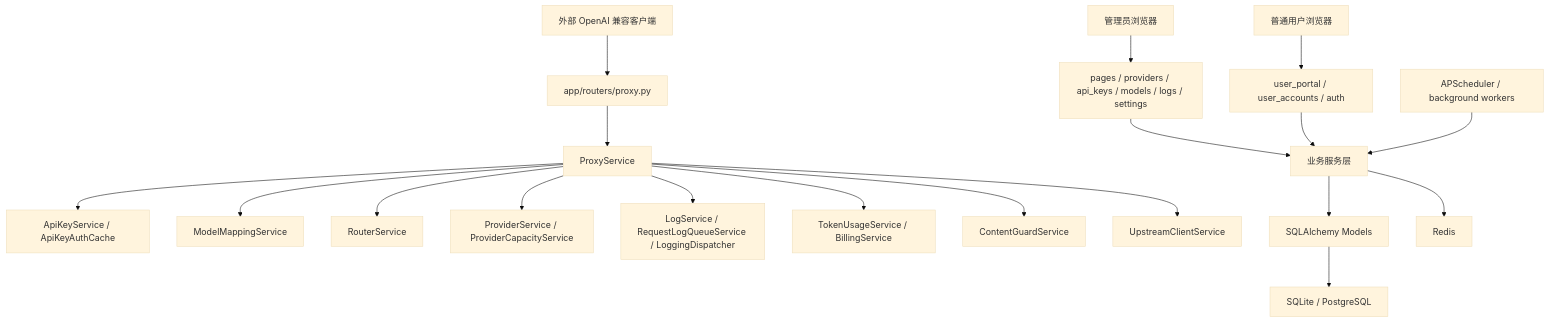
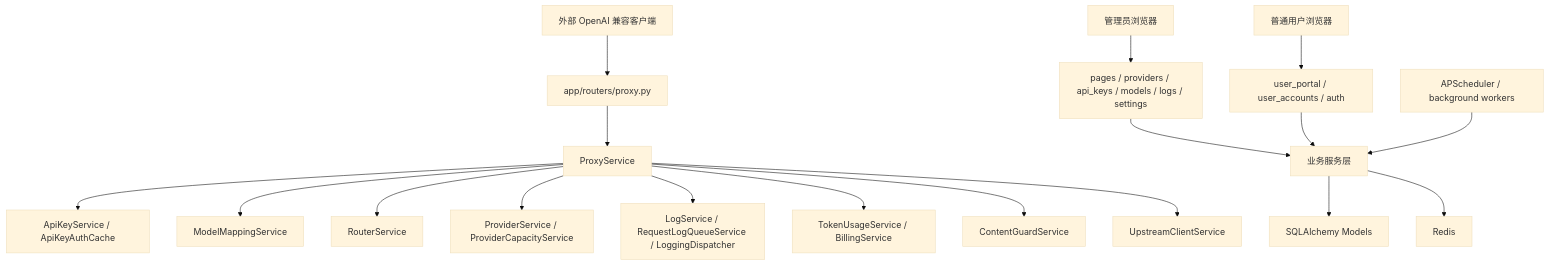
Before and after one commit to howarezhh/auto-gpt: the diagram in 项目审查与改进/项目完整架构分析.md, drawn with Mermaid (base theme). The commit also changed other lines of this file and 17 other files, not shown here.

````diff
--- a/项目审查与改进/项目完整架构分析.md
+++ b/项目审查与改进/项目完整架构分析.md
@@ -71,24 +136,23 @@
 ```mermaid
 flowchart TD
     Client["外部 OpenAI 兼容客户端"] --> ProxyRouter["app/routers/proxy.py"]
     AdminBrowser["管理员浏览器"] --> PageRouters["pages / providers / api_keys / models / logs / settings"]
     UserBrowser["普通用户浏览器"] --> UserPortal["user_portal / user_accounts / auth"]
 
     ProxyRouter --> ProxyService["ProxyService"]
     PageRouters --> Services["业务服务层"]
     UserPortal --> Services
 
     ProxyService --> Auth["ApiKeyService / ApiKeyAuthCache"]
     ProxyService --> Mapping["ModelMappingService"]
     ProxyService --> Routing["RouterService"]
     ProxyService --> Provider["ProviderService / ProviderCapacityService"]
     ProxyService --> Logs["LogService / RequestLogQueueService / LoggingDispatcher"]
     ProxyService --> Billing["TokenUsageService / BillingService"]
     ProxyService --> Guard["ContentGuardService"]
     ProxyService --> Upstream["UpstreamClientService"]
 
     Services --> Models["SQLAlchemy Models"]
-    Models --> DB["SQLite / PostgreSQL"]
     Services --> Redis["Redis"]
     Tasks["APScheduler / background workers"] --> Services
 ```
````
